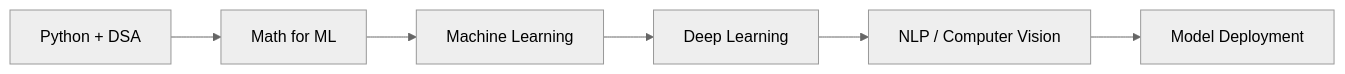
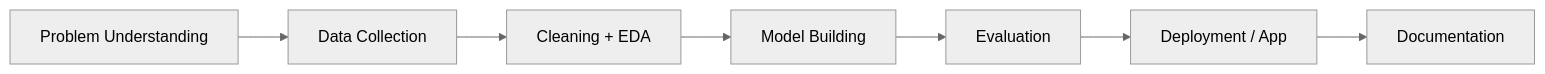
One commit to Abdul-Qadir-Ashraf/Abdul-Qadir-Ashraf changed the diagram in README.md. Above: the diagram before and after it, drawn with Mermaid (neutral theme). The commit also changed other lines of this file, not shown here.

Commit message:
Improve profile for data science positioning

````diff
--- a/README.md
+++ b/README.md
@@ -99,8 +34,9 @@
 ```mermaid
 flowchart LR
-    A["Python + DSA"] --> B["Math for ML"]
-    B --> C["Machine Learning"]
-    C --> D["Deep Learning"]
-    D --> E["NLP / Computer Vision"]
-    E --> F["Model Deployment"]
+    A["Problem Understanding"] --> B["Data Collection"]
+    B --> C["Cleaning + EDA"]
+    C --> D["Model Building"]
+    D --> E["Evaluation"]
+    E --> F["Deployment / App"]
+    F --> G["Documentation"]
 ```
````
